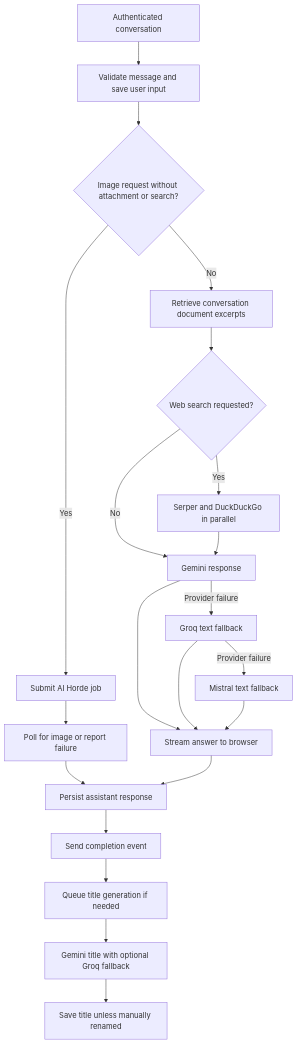
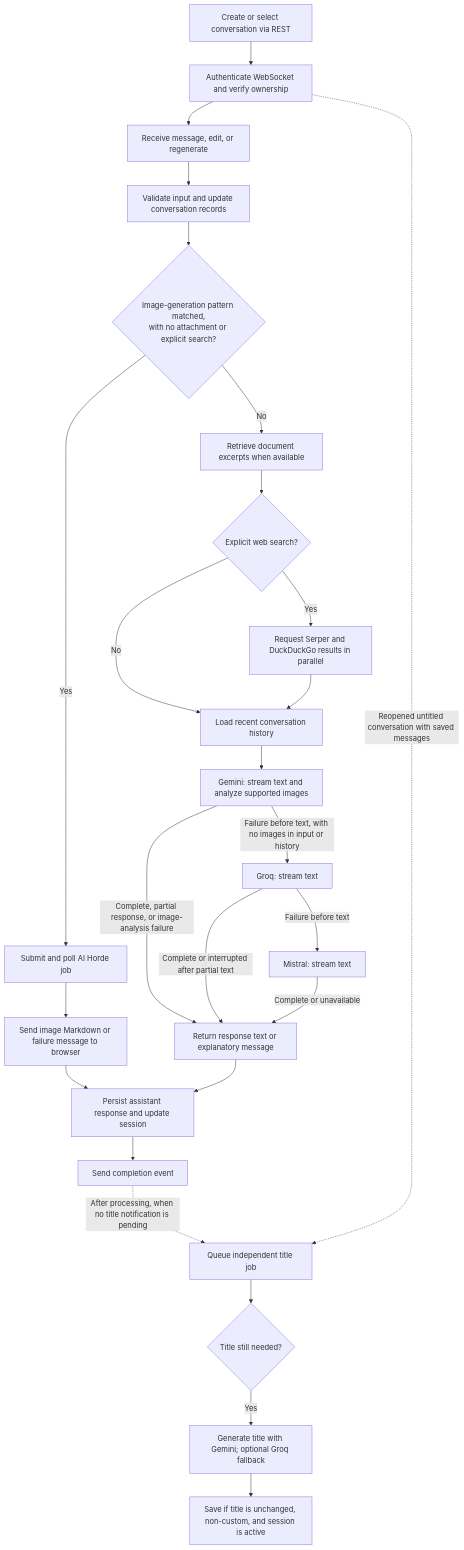
Before and after one commit to sriram629/Multimodal-AI-ChatBot: the diagram in README.md, drawn with Mermaid. The commit also changed other lines of this file, not shown here.

Commit message:
docs: correct architecture fallback and title-generation paths

````diff
--- a/README.md
+++ b/README.md
@@ -34,23 +34,28 @@
 ```mermaid
 flowchart TD
-    A[Authenticated conversation] --> B[Validate message and save user input]
-    B --> C{Image request without attachment or search?}
-    C -- Yes --> D[Submit AI Horde job]
-    D --> E[Poll for image or report failure]
-    C -- No --> F[Retrieve conversation document excerpts]
-    F --> G{Web search requested?}
-    G -- Yes --> H[Serper and DuckDuckGo in parallel]
-    G -- No --> I[Gemini response]
-    H --> I
-    I -- Provider failure --> J[Groq text fallback]
-    J -- Provider failure --> K[Mistral text fallback]
-    I --> L[Stream answer to browser]
-    J --> L
-    K --> L
-    E --> M[Persist assistant response]
-    L --> M
-    M --> N[Send completion event]
-    N --> O[Queue title generation if needed]
-    O --> P[Gemini title with optional Groq fallback]
-    P --> Q[Save title unless manually renamed]
+    A["Create or select conversation via REST"] --> B["Authenticate WebSocket and verify ownership"]
+    B --> C["Receive message, edit, or regenerate"]
+    C --> D["Validate input and update conversation records"]
+    D --> E{"Image-generation pattern matched,<br/>with no attachment or explicit search?"}
+    E -- Yes --> F["Submit and poll AI Horde job"]
+    F --> G["Send image Markdown or failure message to browser"]
+    E -- No --> H["Retrieve document excerpts when available"]
+    H --> I{"Explicit web search?"}
+    I -- Yes --> J["Request Serper and DuckDuckGo results in parallel"]
+    I -- No --> K["Load recent conversation history"]
+    J --> K
+    K --> L["Gemini: stream text and analyze supported images"]
+    L -- "Failure before text, with no images in input or history" --> M["Groq: stream text"]
+    M -- "Failure before text" --> N["Mistral: stream text"]
+    L -- "Complete, partial response, or image-analysis failure" --> O["Return response text or explanatory message"]
+    M -- "Complete or interrupted after partial text" --> O
+    N -- "Complete or unavailable" --> O
+    G --> P["Persist assistant response and update session"]
+    O --> P
+    P --> Q["Send completion event"]
+    Q -. "After processing, when no title notification is pending" .-> T["Queue independent title job"]
+    B -. "Reopened untitled conversation with saved messages" .-> T
+    T --> U{"Title still needed?"}
+    U -- Yes --> V["Generate title with Gemini; optional Groq fallback"]
+    V --> W["Save if title is unchanged, non-custom, and session is active"]
 ```
````
